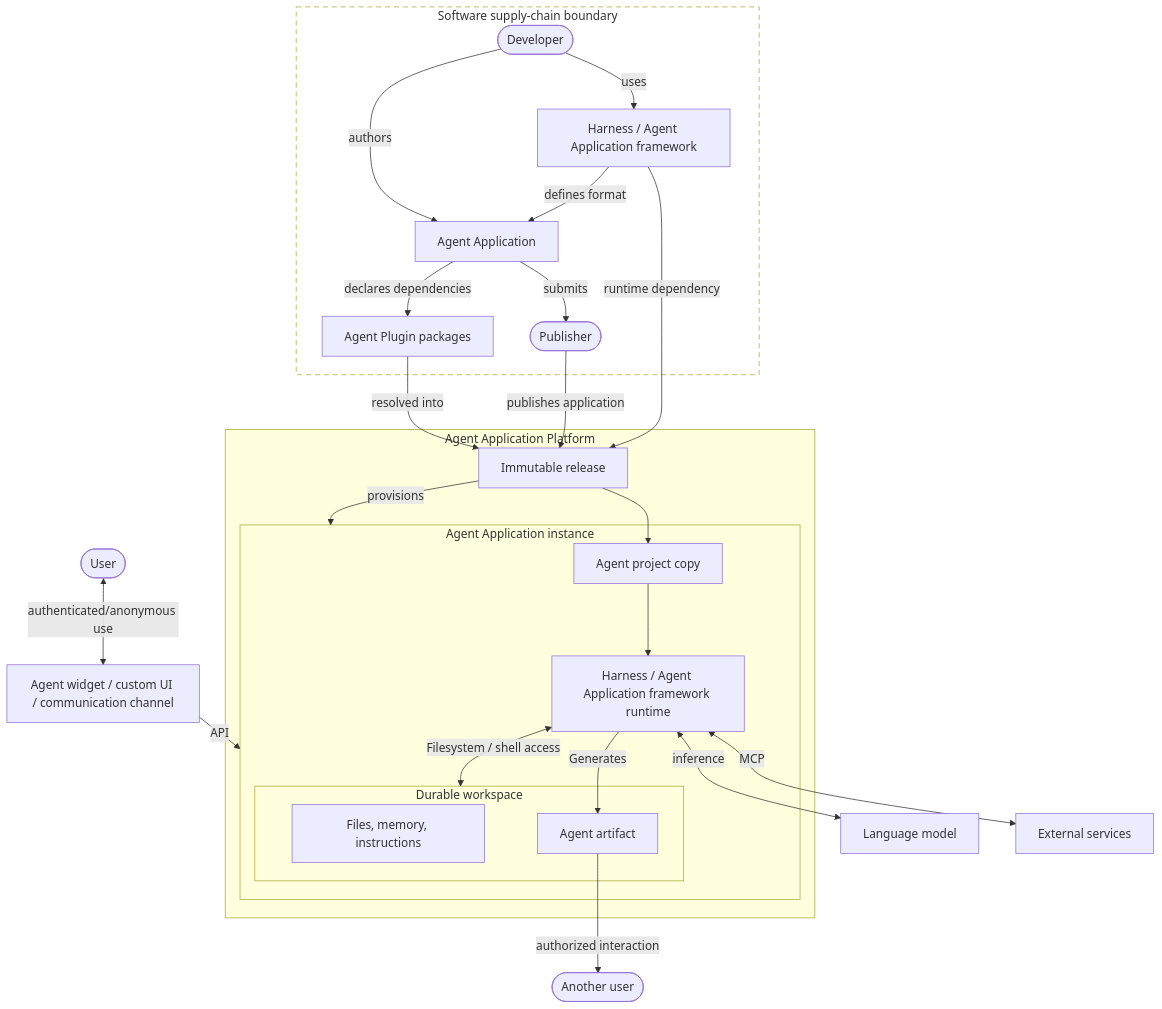
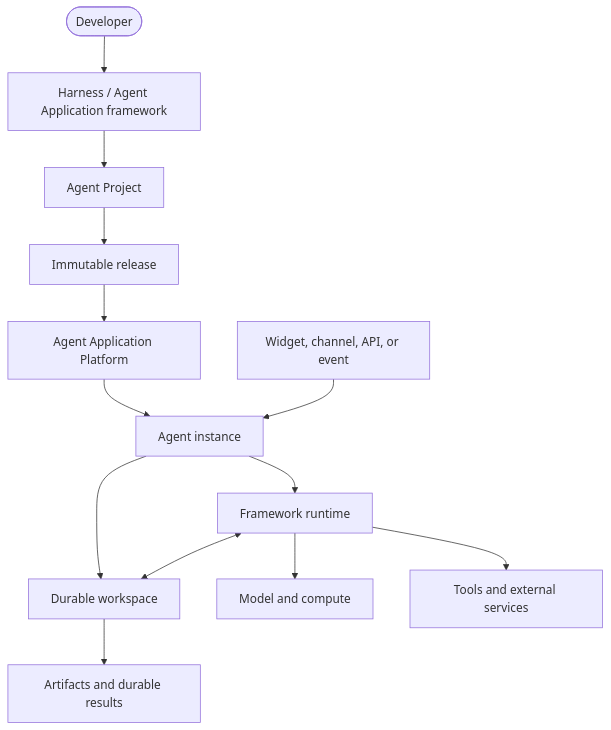
Before and after one commit to agentapplication/agentapplication: the second of 4 diagrams in docs/paper.mdx, drawn with Mermaid. The commit also changed other lines of this file and 16 other files, not shown here.

Commit message:
Recast paper as agent application reference architecture

````diff
--- a/docs/paper.mdx
+++ b/docs/paper.mdx
@@ -65,47 +255,15 @@
-```mermaid placement="top-right"
----
-config:
-  layout: dagre
----
+```mermaid
 flowchart TB
-      subgraph SupplyChain["Software supply-chain boundary"]
-            Developer(["Developer"])
-            Framework["Harness / Agent Application framework"]
-            Application["Agent Application"]
-            Plugins["Agent Plugin packages"]
-            Publisher(["Publisher"])
-      end
-      subgraph Workspace["Durable workspace"]
-            State["Files, memory, instructions"]
-            Artifact["Agent artifact"]
-      end
-      subgraph Instance["Agent Application instance"]
-            Process["Harness / Agent Application framework runtime"]
-            ProjectCopy["Agent project copy"]
-            Workspace
-      end
-      subgraph Platform["Agent Application Platform"]
-            Release["Immutable release"]
-            Instance
-      end
-
-      Developer -- uses --> Framework
-      Developer -- authors --> Application
-      Framework -- defines format --> Application
-      Application -- declares dependencies --> Plugins
-      Application -- submits --> Publisher
-      Plugins -- resolved into --> Release
-      Release -- provisions --> Instance
-      Publisher -- publishes application --> Release
-      Framework -- runtime dependency --> Release
-      Process <-- inference --> LLM["Language model"]
-      User(["User"]) <-- authenticated/anonymous use --> UI["Agent widget / custom UI / communication channel"] -- API --> Instance
-      Artifact -- authorized interaction --> OtherUser(["Another user"])
-      Process <-- MCP --> External["External services"]
-      Process <-- Filesystem / shell access --> Workspace
-      Process -- Generates --> Artifact
-      Release --> ProjectCopy
-      ProjectCopy --> Process
-
-      style SupplyChain fill:transparent,stroke-dasharray:7 5
+    Developer(["Developer"]) --> Framework["Harness / Agent Application framework"]
+    Framework --> Project["Agent Project"]
+    Project --> Release["Immutable release"]
+    Release --> Platform
+    Platform["Agent Application Platform"] --> Instance["Agent instance"]
+    Surface["Widget, channel, API, or event"] --> Instance
+    Instance --> Runtime["Framework runtime"]
+    Instance --> Workspace["Durable workspace"]
+    Runtime <--> Workspace
+    Runtime --> Model["Model and compute"]
+    Runtime --> Services["Tools and external services"]
+    Workspace --> Artifacts["Artifacts and durable results"]
 ```
````
